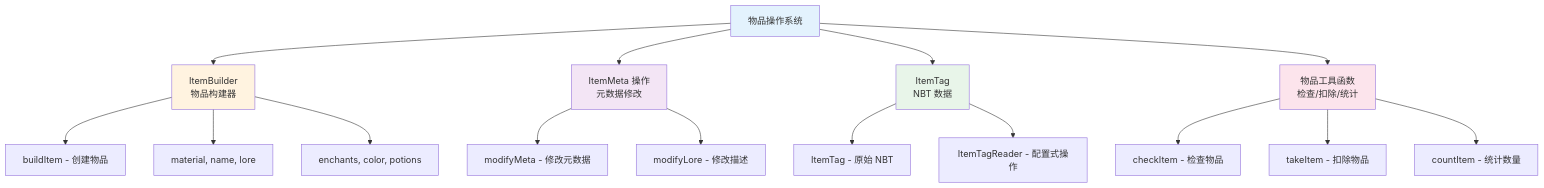
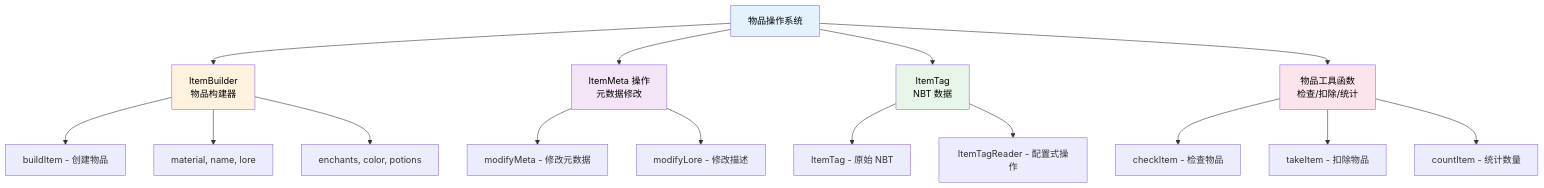
The diagram in docs/basic-tech/item-builder/index.md (FxRayHughes/taboowiki), drawn with Mermaid before and after one commit. The commit also changed 19 other files, not shown here.

First line of the commit message:
feat(docs): 添加 Mermaid 图表支持并优化暗色模式显示

````diff
--- a/docs/basic-tech/item-builder/index.md
+++ b/docs/basic-tech/item-builder/index.md
@@ -17,27 +17,27 @@
 ```mermaid
 graph TB
     A[物品操作系统] --> B[ItemBuilder<br/>物品构建器]
     A --> C[ItemMeta 操作<br/>元数据修改]
     A --> D[ItemTag<br/>NBT 数据]
     A --> E[物品工具函数<br/>检查/扣除/统计]
 
     B --> B1[buildItem - 创建物品]
     B --> B2[material, name, lore]
     B --> B3[enchants, color, potions]
 
     C --> C1[modifyMeta - 修改元数据]
     C --> C2[modifyLore - 修改描述]
 
     D --> D1[ItemTag - 原始 NBT]
     D --> D2[ItemTagReader - 配置式操作]
 
     E --> E1[checkItem - 检查物品]
     E --> E2[takeItem - 扣除物品]
     E --> E3[countItem - 统计数量]
 
-    style A fill:#e3f2fd
-    style B fill:#fff3e0
-    style C fill:#f3e5f5
-    style D fill:#e8f5e9
-    style E fill:#fce4ec
+    style A fill:#e3f2fd,color:#000000
+    style B fill:#fff3e0,color:#000000
+    style C fill:#f3e5f5,color:#000000
+    style D fill:#e8f5e9,color:#000000
+    style E fill:#fce4ec,color:#000000
 ```
````
